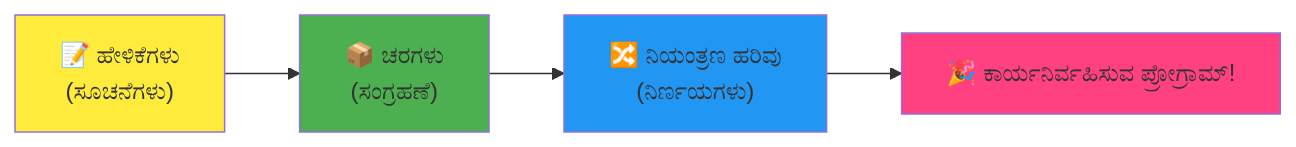
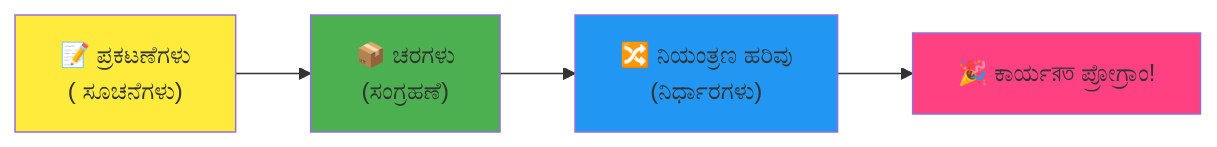
Before and after one commit to microsoft/Web-Dev-For-Beginners: the fourth of 7 diagrams in translations/kn/1-getting-started-lessons/1-intro-to-programming-languages/README.md, drawn with Mermaid. The commit also changed other lines of this file and 13 other files, not shown here.

````diff
--- a/translations/kn/1-getting-started-lessons/1-intro-to-programming-languages/README.md
+++ b/translations/kn/1-getting-started-lessons/1-intro-to-programming-languages/README.md
@@ -468,9 +466,9 @@
 ```mermaid
 flowchart LR
-    A["📝 ಹೇಳಿಕೆಗಳು<br/>(ಸೂಚನೆಗಳು)"] --> B["📦 ಚರಗಳು<br/>(ಸಂಗ್ರಹಣೆ)"] --> C["🔀 ನಿಯಂತ್ರಣ ಹರಿವು<br/>(ನಿರ್ಣಯಗಳು)"] --> D["🎉 ಕಾರ್ಯನಿರ್ವಹಿಸುವ ಪ್ರೋಗ್ರಾಮ್!"]
+    A["📝 ಪ್ರಕಟಣೆಗಳು<br/>( ಸೂಚನೆಗಳು)"] --> B["📦 ಚರಗಳು<br/>(ಸಂಗ್ರಹಣೆ)"] --> C["🔀 ನಿಯಂತ್ರಣ ಹರಿವು<br/>(ನಿರ್ಧಾರಗಳು)"] --> D["🎉 ಕಾರ್ಯরত ಪ್ರೋಗ್ರಾಂ!"]
     
     style A fill:#ffeb3b
     style B fill:#4caf50
     style C fill:#2196f3
     style D fill:#ff4081
 ```  
````
